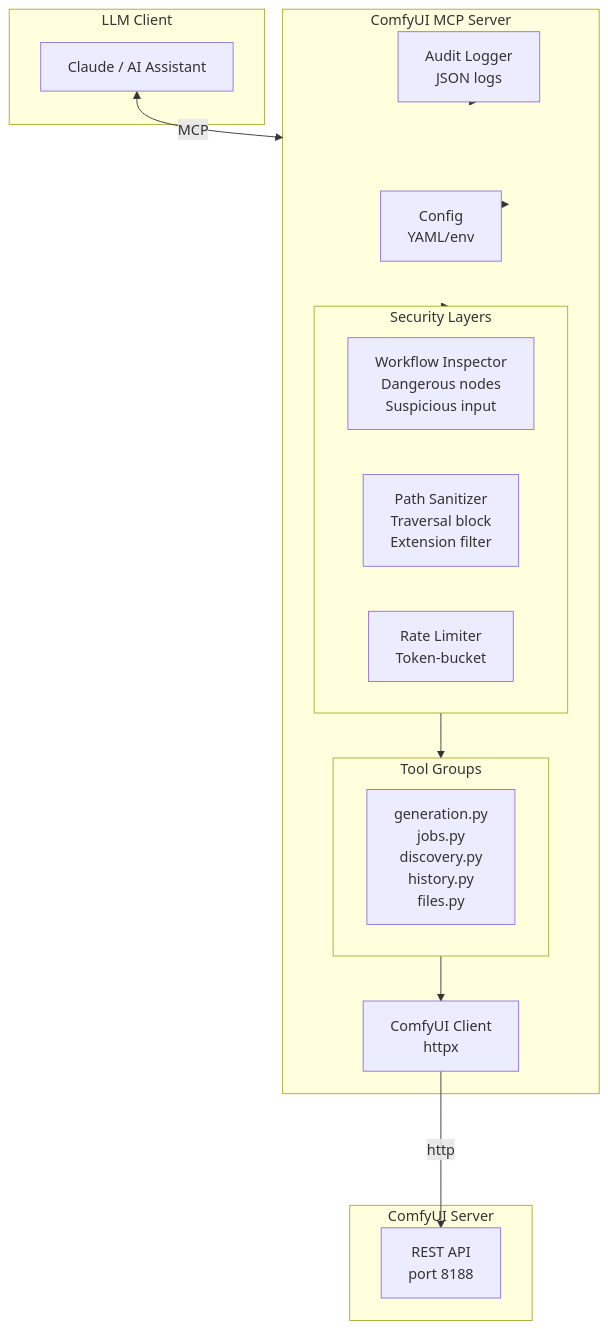
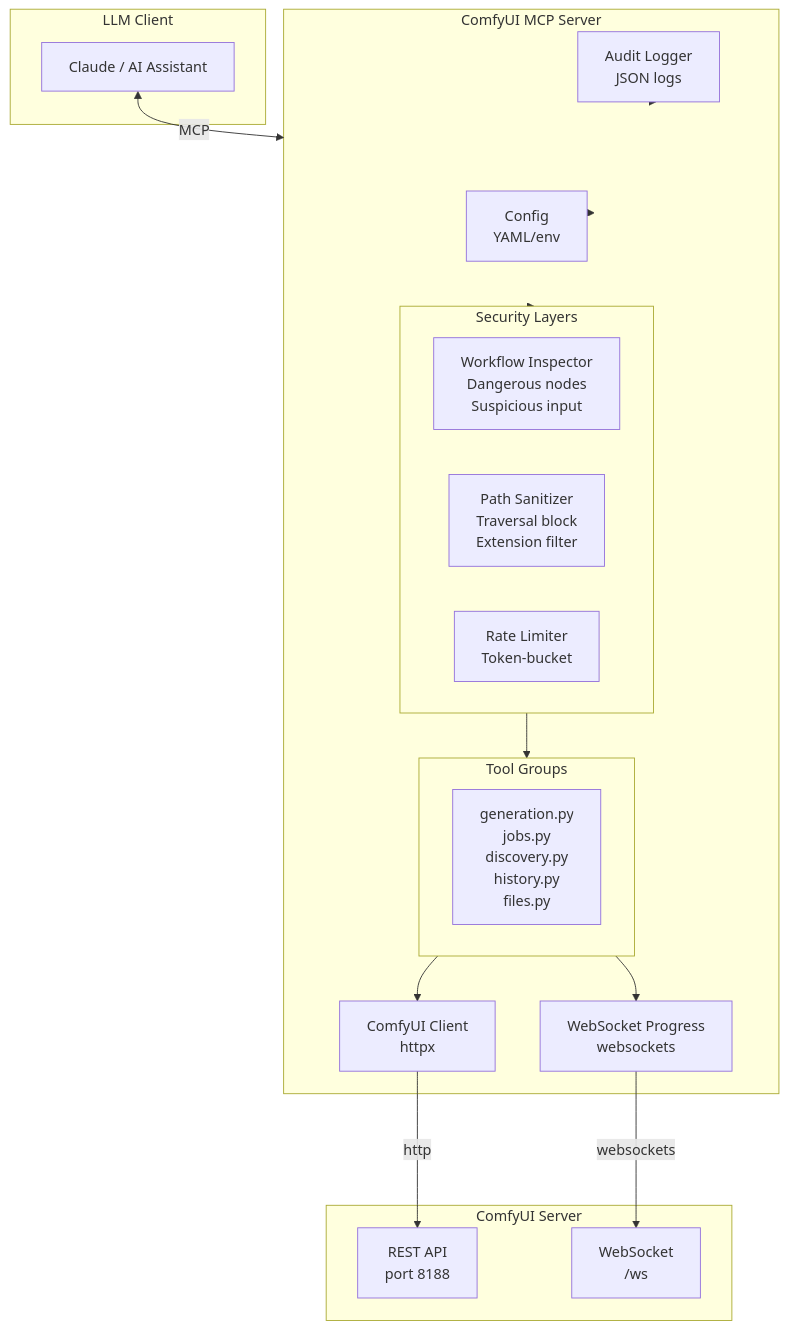
The diagram in README.md (hybridindie/comfyui_mcp), drawn with Mermaid before and after one commit. The commit also changed other lines of this file, not shown here.

First line of the commit message:
docs: update README for WebSocket progress tracking and workflow composition

````diff
--- a/README.md
+++ b/README.md
@@ -392,36 +403,40 @@
 ```mermaid
 flowchart TB
     subgraph Client["LLM Client"]
         MC[Claude / AI Assistant]
     end
 
     subgraph MCP["ComfyUI MCP Server"]
         CONFIG[Config<br/>YAML/env]
         AL[Audit Logger<br/>JSON logs]
 
         subgraph Security["Security Layers"]
             WI[Workflow Inspector<br/>Dangerous nodes<br/>Suspicious input]
             PS[Path Sanitizer<br/>Traversal block<br/>Extension filter]
             RL[Rate Limiter<br/>Token-bucket]
         end
 
         subgraph Tools["Tool Groups"]
             TG[generation.py<br/>jobs.py<br/>discovery.py<br/>history.py<br/>files.py]
         end
 
         API[ComfyUI Client<br/>httpx]
+        WS[WebSocket Progress<br/>websockets]
     end
 
     subgraph ComfyUI["ComfyUI Server"]
         CS[REST API<br/>port 8188]
+        CWS[WebSocket<br/>/ws]
     end
 
     MC <--MCP--> MCP
     CONFIG --> MCP
     AL --> MCP
 
     MCP --> Security
     Security --> Tools
     Tools --> API
+    Tools --> WS
     API --httpx--> CS
+    WS --websockets--> CWS
 ```
````
